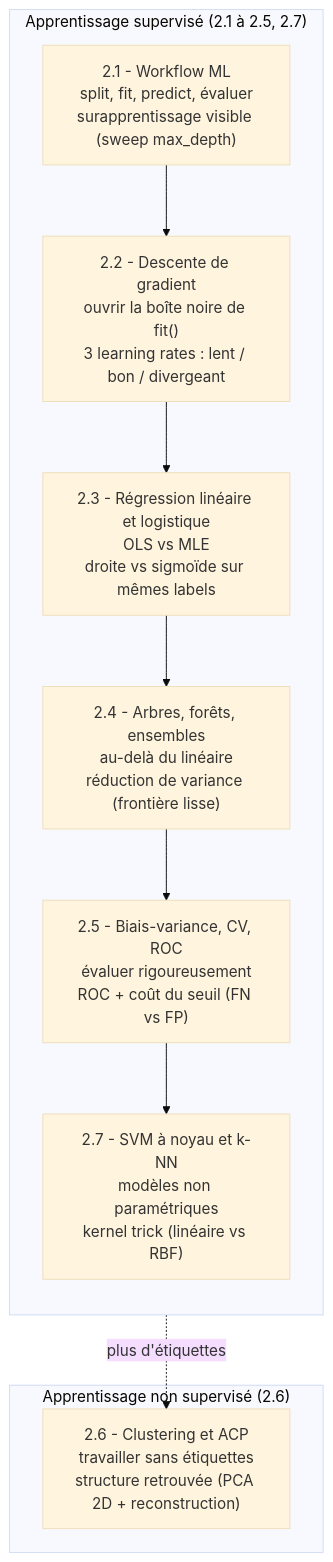
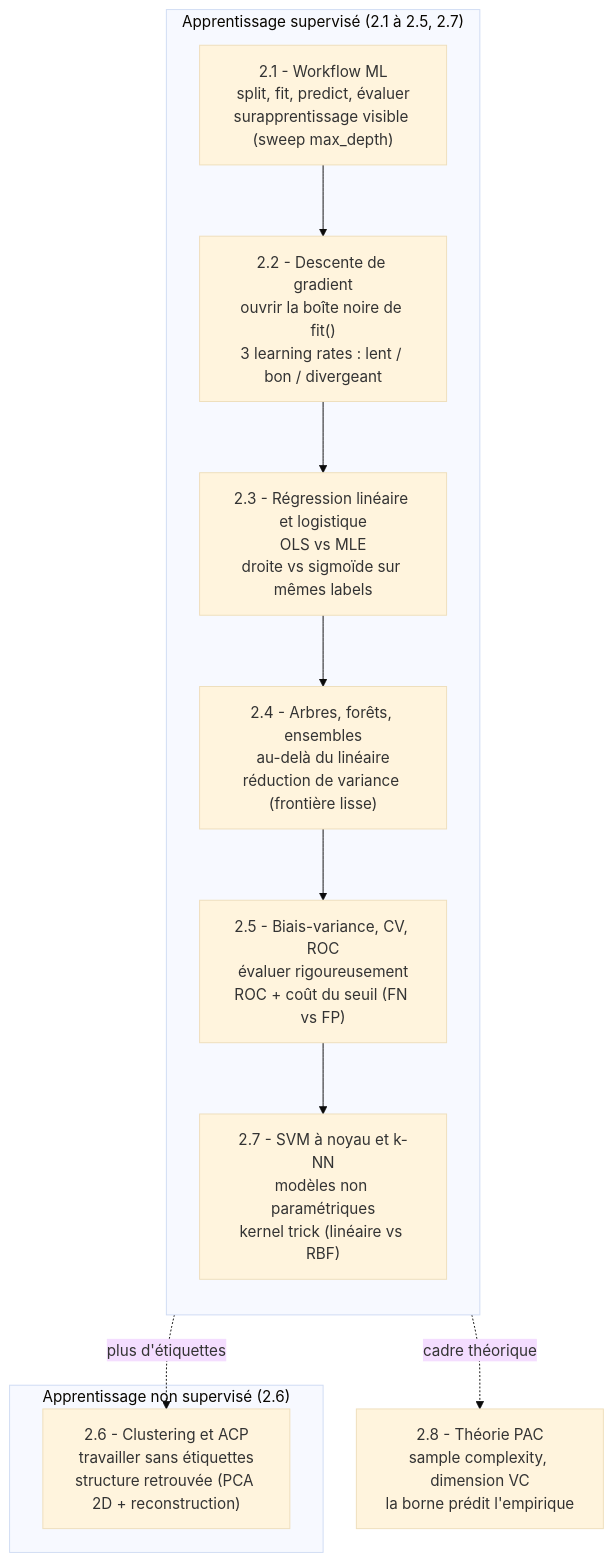
Before and after one commit to jsboige/CoursIA: the diagram in MyIA.AI.Notebooks/ML/DataScienceWithAgents/02-ML-Cours/README.md, drawn with Mermaid (base theme). The commit also changed other lines of this file and 1 other file, not shown here.

````diff
--- a/MyIA.AI.Notebooks/ML/DataScienceWithAgents/02-ML-Cours/README.md
+++ b/MyIA.AI.Notebooks/ML/DataScienceWithAgents/02-ML-Cours/README.md
@@ -31,17 +32,19 @@
 ```mermaid
 flowchart TD
     subgraph SUP["Apprentissage supervisé (2.1 à 2.5, 2.7)"]
       direction TB
       A["2.1 - Workflow ML<br/>split, fit, predict, évaluer<br/>surapprentissage visible (sweep max_depth)"]
       B["2.2 - Descente de gradient<br/>ouvrir la boîte noire de fit()<br/>3 learning rates : lent / bon / divergeant"]
       C["2.3 - Régression linéaire et logistique<br/>OLS vs MLE<br/>droite vs sigmoïde sur mêmes labels"]
       D["2.4 - Arbres, forêts, ensembles<br/>au-delà du linéaire<br/>réduction de variance (frontière lisse)"]
       E["2.5 - Biais-variance, CV, ROC<br/>évaluer rigoureusement<br/>ROC + coût du seuil (FN vs FP)"]
       G["2.7 - SVM à noyau et k-NN<br/>modèles non paramétriques<br/>kernel trick (linéaire vs RBF)"]
       A --> B --> C --> D --> E --> G
     end
     subgraph UNSUP["Apprentissage non supervisé (2.6)"]
       F["2.6 - Clustering et ACP<br/>travailler sans étiquettes<br/>structure retrouvée (PCA 2D + reconstruction)"]
     end
+    H["2.8 - Théorie PAC<br/>sample complexity, dimension VC<br/>la borne prédit l'empirique"]
     E -. "plus d'étiquettes" .-> F
+    E -. "cadre théorique" .-> H
 ```
````
